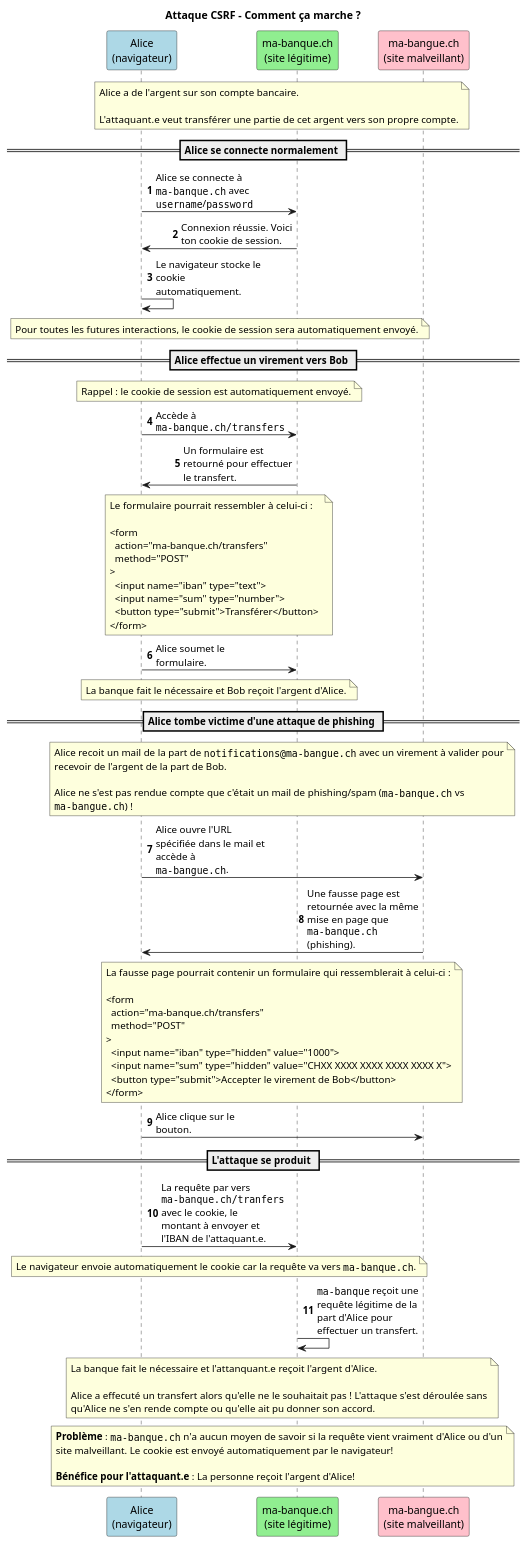
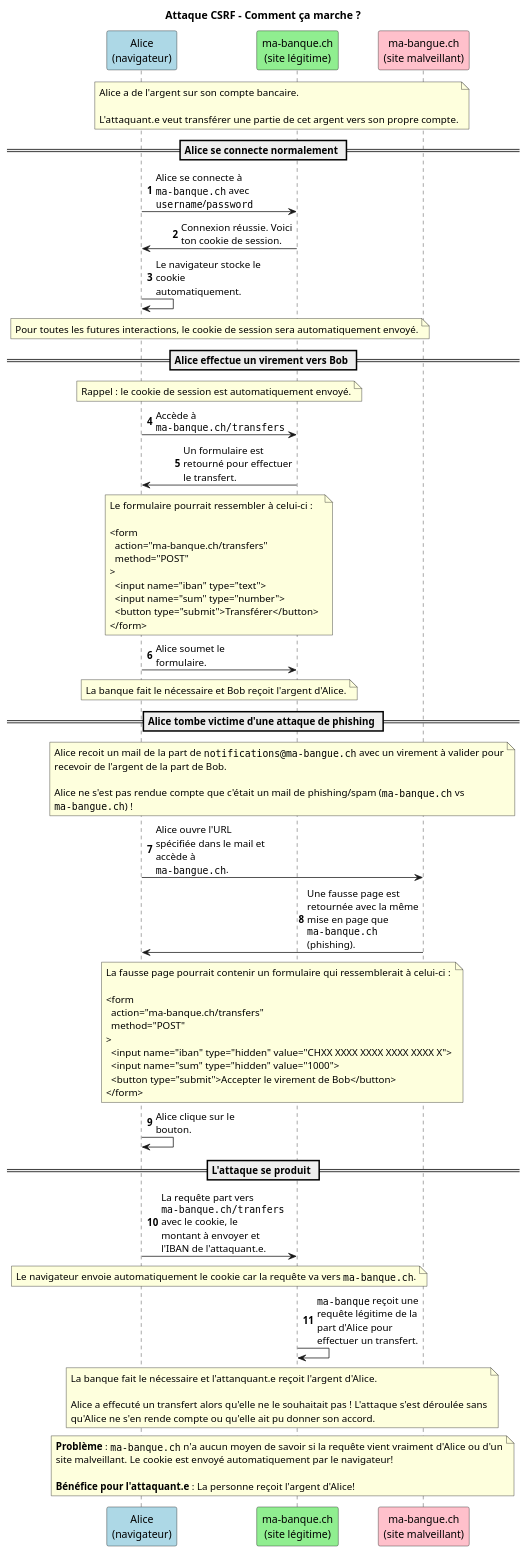
One commit to heig-vd-devprodmed-course/heig-vd-devprodmed-course changed the diagram in 01-contenus-du-cours/06-formulaires-et-validation/images/csrf-attack.puml. Above: the diagram before and after it, drawn with PlantUML. The commit also changed 9 other files, not shown here.

```diff
--- a/01-contenus-du-cours/06-formulaires-et-validation/images/csrf-attack.puml
+++ b/01-contenus-du-cours/06-formulaires-et-validation/images/csrf-attack.puml
@@ -1,107 +1,107 @@
 @startuml csrf-attack
 skinparam boxPadding 100
 skinparam maxMessageSize 150
 skinparam noteTextAlignment left
 skinparam sequenceMessageAlign direction
 skinparam wrapWidth 600
 autonumber
 
 participant "Alice\n(navigateur)" as browser #LightBlue
 participant "ma-banque.ch\n(site légitime)" as legitSite #LightGreen
 participant "ma-bangue.ch\n(site malveillant)" as evilSite #Pink
 
 title Attaque CSRF - Comment ça marche ?
 
 note over browser, evilSite
   Alice a de l'argent sur son compte bancaire.
 
   L'attaquant.e veut transférer une partie de cet argent vers son propre compte.
 end note
 
 == Alice se connecte normalement ==
 
 browser -> legitSite: Alice se connecte à ""ma-banque.ch"" avec ""username""/""password""
 legitSite -> browser: Connexion réussie. Voici ton cookie de session.
 browser -> browser: Le navigateur stocke le cookie automatiquement.
 
 note over browser, legitSite
   Pour toutes les futures interactions, le cookie de session sera automatiquement envoyé.
 end note
 
 == Alice effectue un virement vers Bob ==
 
 note over browser, legitSite
   Rappel : le cookie de session est automatiquement envoyé.
 end note
 
 browser -> legitSite: Accède à ""ma-banque.ch/transfers""
 legitSite -> browser: Un formulaire est retourné pour effectuer le transfert.
 
 note over browser, legitSite
   Le formulaire pourrait ressembler à celui-ci :
 
   <form
     action="ma-banque.ch/transfers"
     method="POST"
   >
     <input name="iban" type="text">
     <input name="sum" type="number">
     <button type="submit">Transférer</button>
   </form>
 end note
 
 browser -> legitSite: Alice soumet le formulaire.
 
 note over browser, legitSite
   La banque fait le nécessaire et Bob reçoit l'argent d'Alice.
 end note
 
 == Alice tombe victime d'une attaque de phishing ==
 
 note over browser, evilSite
   Alice recoit un mail de la part de ""notifications@ma-bangue.ch"" avec un virement à valider pour recevoir de l'argent de la part de Bob.
 
   Alice ne s'est pas rendue compte que c'était un mail de phishing/spam (""ma-banque.ch"" vs ""ma-bangue.ch"") !
 end note
 
 browser -> evilSite: Alice ouvre l'URL spécifiée dans le mail et accède à ""ma-bangue.ch"".
 evilSite -> browser: Une fausse page est retournée avec la même mise en page que ""ma-banque.ch"" (phishing).
 
 note over browser, evilSite
   La fausse page pourrait contenir un formulaire qui ressemblerait à celui-ci :
 
   <form
     action="ma-banque.ch/transfers"
     method="POST"
   >
-    <input name="iban" type="hidden" value="1000">
-    <input name="sum" type="hidden" value="CHXX XXXX XXXX XXXX XXXX X">
+    <input name="iban" type="hidden" value="CHXX XXXX XXXX XXXX XXXX X">
+    <input name="sum" type="hidden" value="1000">
     <button type="submit">Accepter le virement de Bob</button>
   </form>
 end note
 
-browser -> evilSite: Alice clique sur le bouton.
+browser -> browser: Alice clique sur le bouton.
 
 == L'attaque se produit ==
 
-browser -> legitSite: La requête par vers ""ma-banque.ch/tranfers"" avec le cookie, le montant à envoyer et l'IBAN de l'attaquant.e.
+browser -> legitSite: La requête part vers ""ma-banque.ch/tranfers"" avec le cookie, le montant à envoyer et l'IBAN de l'attaquant.e.
 
 note over browser, legitSite
   Le navigateur envoie automatiquement le cookie car la requête va vers ""ma-banque.ch"".
 end note
 
 legitSite -> legitSite: ""ma-banque"" reçoit une requête légitime de la part d'Alice pour effectuer un transfert.
 
 note over browser, evilSite
   La banque fait le nécessaire et l'attanquant.e reçoit l'argent d'Alice.
 
   Alice a effecuté un transfert alors qu'elle ne le souhaitait pas ! L'attaque s'est déroulée sans qu'Alice ne s'en rende compte ou qu'elle ait pu donner son accord.
 end note
 
 note over browser, evilSite
   **Problème** : ""ma-banque.ch"" n'a aucun moyen de savoir si la requête vient vraiment d'Alice ou d'un site malveillant. Le cookie est envoyé automatiquement par le navigateur!
   
   **Bénéfice pour l'attaquant.e** : La personne reçoit l'argent d'Alice!
 end note
 
 @enduml
```
